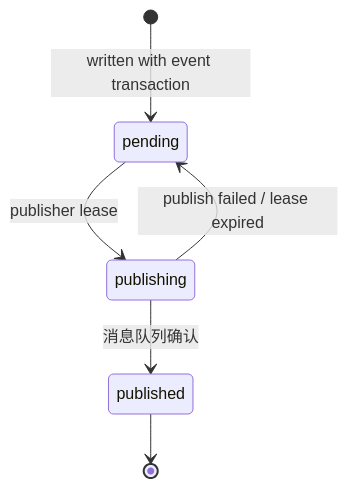
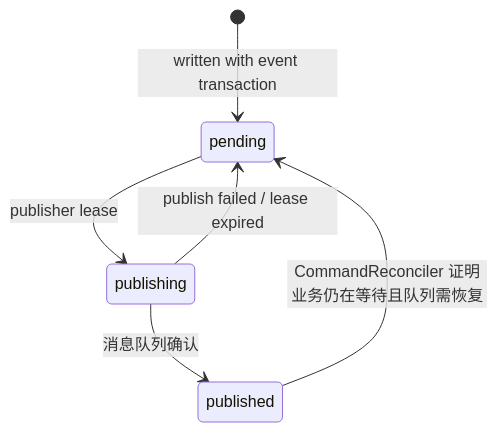
One commit to erweixin/langshift.dev changed the third of 3 diagrams in docs/state-machines.md. Above: the diagram before and after it, drawn with Mermaid. The commit also changed other lines of this file and 14 other files, not shown here.

````diff
--- a/docs/state-machines.md
+++ b/docs/state-machines.md
@@ -198,8 +219,8 @@
 ```mermaid
 stateDiagram-v2
   [*] --> pending: written with event transaction
   pending --> publishing: publisher lease
   publishing --> published: 消息队列确认
   publishing --> pending: publish failed / lease expired
-  published --> [*]
+  published --> pending: CommandReconciler 证明业务仍在等待且队列需恢复
 ```
````
